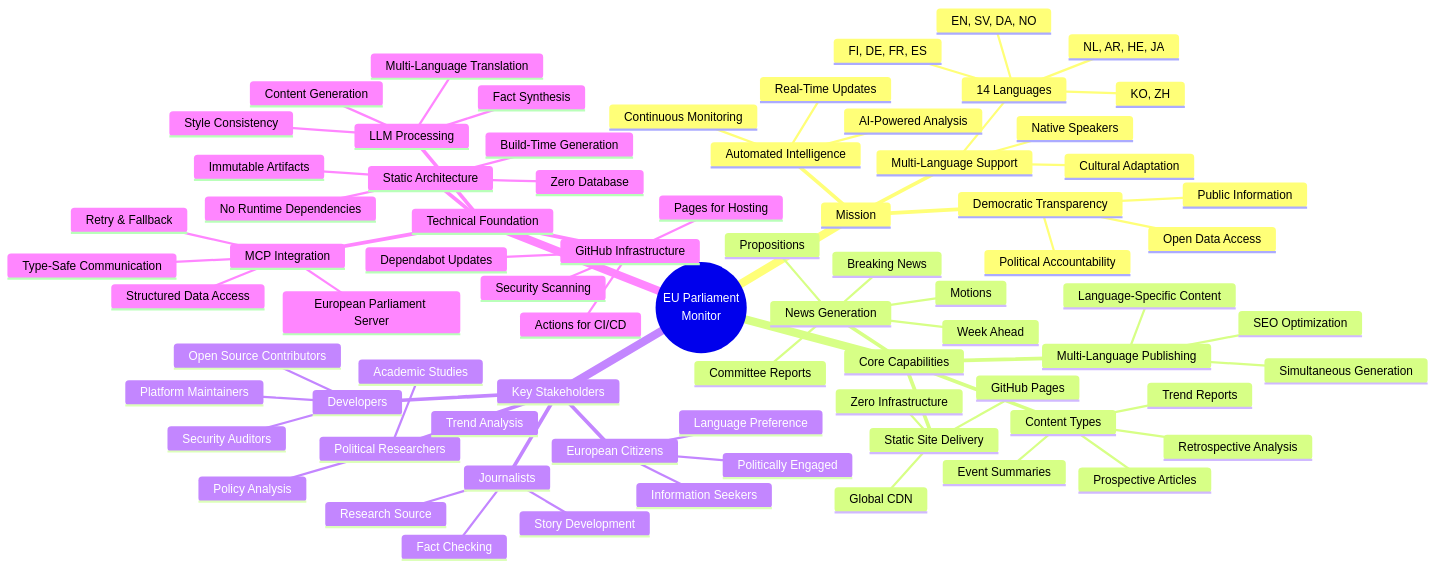
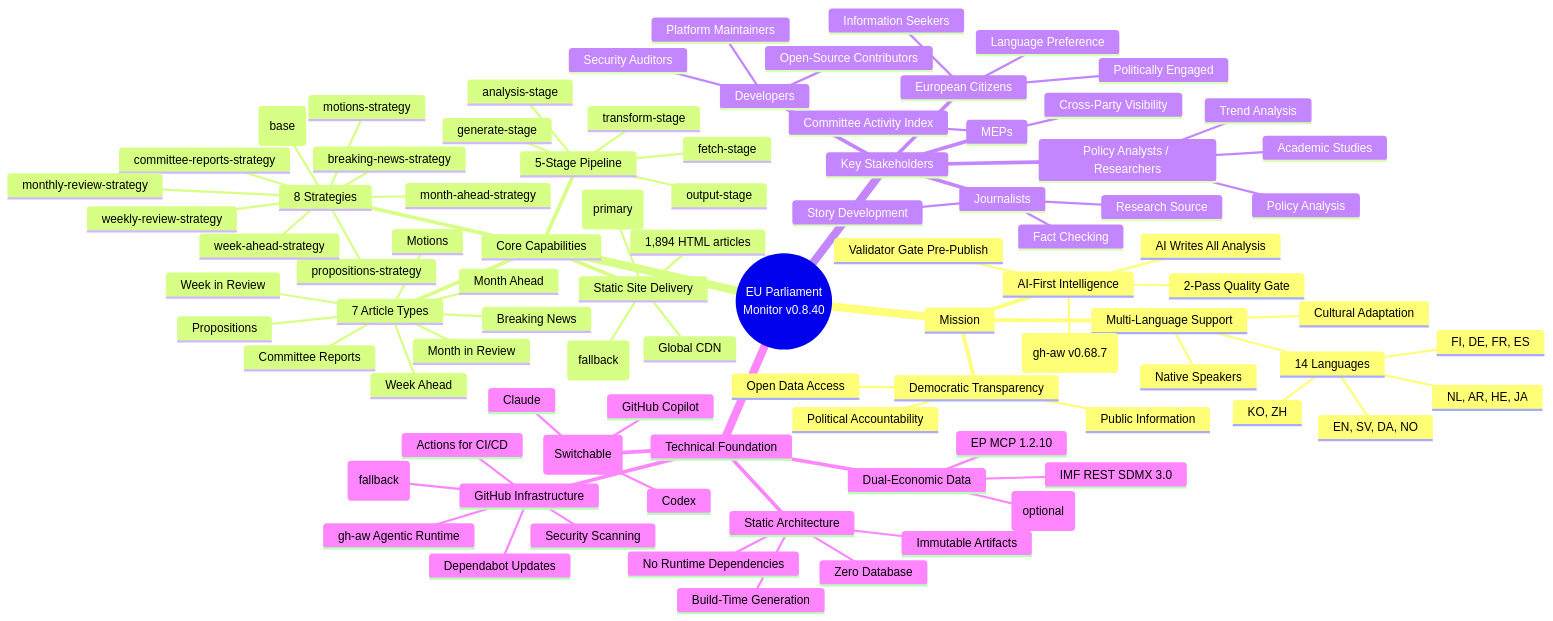
Before and after one commit to Hack23/euparliamentmonitor: the first of 12 diagrams in MINDMAP.md, drawn with Mermaid. The commit also changed other lines of this file and 8 other files, not shown here.

First line of the commit message:
docs: refresh ARCHITECTURE/EOL/WORKFLOWS/DATA_MODEL + FLOWCHART/STATEDIAGRAM/MINDMAP/BCPPlan/FinancialSecurityPlan for v0.8.40

````diff
--- a/MINDMAP.md
+++ b/MINDMAP.md
@@ -113,6 +113,6 @@
 ```mermaid
 mindmap
-  root((EU Parliament<br/>Monitor))
+  root((EU Parliament<br/>Monitor v0.8.40))
     Mission
       Democratic Transparency
         Public Information
@@ -126,31 +126,43 @@
           KO, ZH
         Native Speakers
         Cultural Adaptation
-      Automated Intelligence
-        AI-Powered Analysis
-        Continuous Monitoring
-        Real-Time Updates
+      AI-First Intelligence
+        2-Pass Quality Gate
+        Agentic Workflows (gh-aw v0.68.7)
+        AI Writes All Analysis
+        Validator Gate Pre-Publish
 
     Core Capabilities
-      News Generation
+      7 Article Types
+        Breaking News
         Week Ahead
+        Week in Review
+        Month Ahead
+        Month in Review
         Committee Reports
+        Motions
         Propositions
-        Motions
-        Breaking News
-      Content Types
-        Prospective Articles
-        Retrospective Analysis
-        Event Summaries
-        Trend Reports
-      Multi-Language Publishing
-        Simultaneous Generation
-        Language-Specific Content
-        SEO Optimization
+      8 Strategies
+        article-strategy (base)
+        breaking-news-strategy
+        committee-reports-strategy
+        month-ahead-strategy
+        monthly-review-strategy
+        motions-strategy
+        propositions-strategy
+        week-ahead-strategy
+        weekly-review-strategy
+      5-Stage Pipeline
+        fetch-stage
+        transform-stage
+        analysis-stage
+        generate-stage
+        output-stage
       Static Site Delivery
-        GitHub Pages
-        Zero Infrastructure
+        AWS S3 + CloudFront (primary)
+        GitHub Pages (fallback)
         Global CDN
+        1,894 HTML articles
 
     Key Stakeholders
       European Citizens
@@ -161,12 +173,15 @@
         Research Source
         Story Development
         Fact Checking
-      Political Researchers
+      Policy Analysts / Researchers
         Academic Studies
         Policy Analysis
         Trend Analysis
+      MEPs
+        Cross-Party Visibility
+        Committee Activity Index
       Developers
-        Open Source Contributors
+        Open-Source Contributors
         Platform Maintainers
         Security Auditors
 
@@ -178,17 +193,16 @@
         Zero Database
       GitHub Infrastructure
         Actions for CI/CD
-        Pages for Hosting
+        gh-aw Agentic Runtime
+        Pages (fallback)
         Security Scanning
         Dependabot Updates
-      MCP Integration
-        European Parliament Server
-        Structured Data Access
-        Type-Safe Communication
-        Retry & Fallback
-      LLM Processing
-        Content Generation
-        Multi-Language Translation
-        Fact Synthesis
-        Style Consistency
+      Dual-Economic Data
+        EP MCP 1.2.10
+        World Bank MCP 1.0.1 (optional)
+        IMF REST SDMX 3.0
+      AI Engines (Switchable)
+        GitHub Copilot
+        Claude
+        Codex
 ```
````
